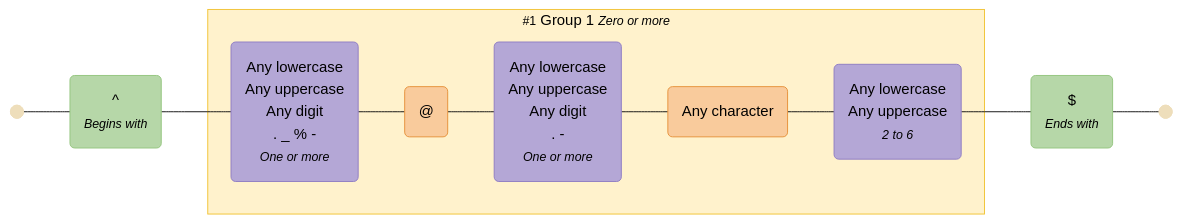
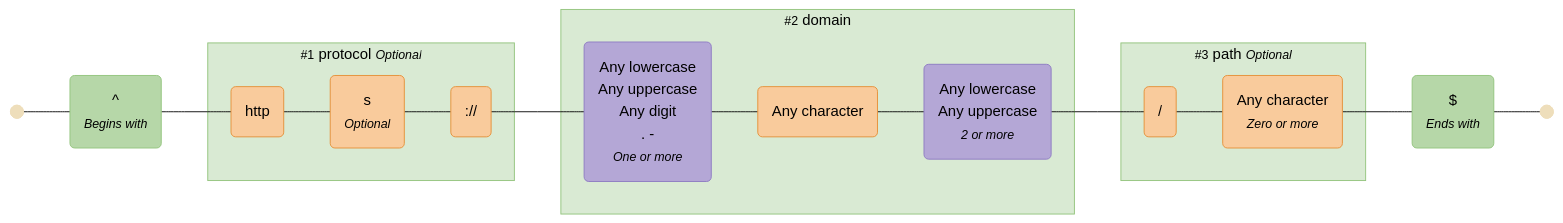
Before and after one commit to tayles/regex-to-mermaid: the tenth of 10 diagrams in EXAMPLES.md, drawn with Mermaid (base theme). The commit also changed 1 other file, not shown here.

Commit message:
chore: Regen examples + themes

````diff
--- a/EXAMPLES.md
+++ b/EXAMPLES.md
@@ -542,48 +1089,63 @@
 ```mermaid
-%% Regex: /^([a-zA-Z0-9._%-]+@[a-zA-Z0-9.-]+\.[a-zA-Z]{2,6})*$/
+%% Regex: ^(?<protocol>https?:\/\/)?(?<domain>[a-zA-Z0-9.-]+\.[a-zA-Z]{2,})(?<path>\/.*)?$
 
 graph LR
   %% Nodes
   start@{ shape: f-circ };
   fin@{ shape: f-circ };
   assertion_1("^<br><i><small>Begins with</small></i>"):::assertion;
-  char_class_1("Any lowercase<br>Any uppercase<br>Any digit<br>. _ % -<br><i><small>One or more</small></i>"):::char-class;
-  literal_1("@"):::literal;
-  char_class_2("Any lowercase<br>Any uppercase<br>Any digit<br>. -<br><i><small>One or more</small></i>"):::char-class;
-  literal_2("Any character"):::literal;
-  char_class_3("Any lowercase<br>Any uppercase<br><i><small>2 to 6</small></i>"):::char-class;
+  literal_1("http"):::literal;
+  literal_2("s<br><i><small>Optional</small></i>"):::literal;
+  literal_3("://"):::literal;
+  char_class_1("Any lowercase<br>Any uppercase<br>Any digit<br>. -<br><i><small>One or more</small></i>"):::char-class;
+  literal_4("Any character"):::literal;
+  char_class_2("Any lowercase<br>Any uppercase<br><i><small>2 or more</small></i>"):::char-class;
+  literal_5("/"):::literal;
+  literal_6("Any character<br><i><small>Zero or more</small></i>"):::literal;
   assertion_2("$<br><i><small>Ends with</small></i>"):::assertion;
 
   %% Subgraphs
-  subgraph standard_1 ["<small>#1</small> Group 1 <small><i>Zero or more</i></small>"]
+  subgraph named_capture_1 ["<small>#1</small> protocol <small><i>Optional</i></small>"]
+    literal_1
+    literal_2
+    literal_3
+  end
+
+  subgraph named_capture_2 ["<small>#2</small> domain"]
     char_class_1
-    literal_1
+    literal_4
     char_class_2
-    literal_2
-    char_class_3
+  end
+
+  subgraph named_capture_3 ["<small>#3</small> path <small><i>Optional</i></small>"]
+    literal_5
+    literal_6
   end
 
   %% Edges
   start --- assertion_1;
-  assertion_1 --- char_class_1;
-  char_class_1 --- literal_1;
-  literal_1 --- char_class_2;
-  char_class_2 --- literal_2;
-  literal_2 --- char_class_3;
-  char_class_3 --- assertion_2;
+  assertion_1 --- literal_1;
+  literal_1 --- literal_2;
+  literal_2 --- literal_3;
+  literal_3 --- char_class_1;
+  char_class_1 --- literal_4;
+  literal_4 --- char_class_2;
+  char_class_2 --- literal_5;
+  literal_5 --- literal_6;
+  literal_6 --- assertion_2;
   assertion_2 --- fin;
 
   %% Styles
   %% Node Styling
   classDef assertion fill:#B6D7A8,stroke:#93C47D,color:#000000;
+  classDef literal fill:#F9CB9C,stroke:#E69138,color:#000000;
   classDef char-class fill:#B4A7D6,stroke:#8E7CC3,color:#000000;
-  classDef literal fill:#F9CB9C,stroke:#E69138,color:#000000;
 
   %% Group Styling
-  classDef standard fill:#FFF2CC,stroke:#F1C232,color:#000000;
+  classDef named-capture fill:#D9EAD3,stroke:#93C47D,color:#000000;
 
   %% Apply Group Classes
-  class standard_1 standard;
+  class named_capture_1,named_capture_2,named_capture_3 named-capture;
 
 %% Generated with regex-to-mermaid@1.0.0
 ```
````
